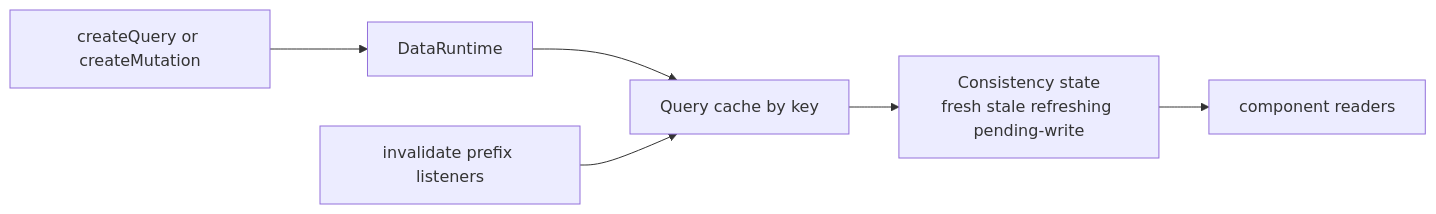
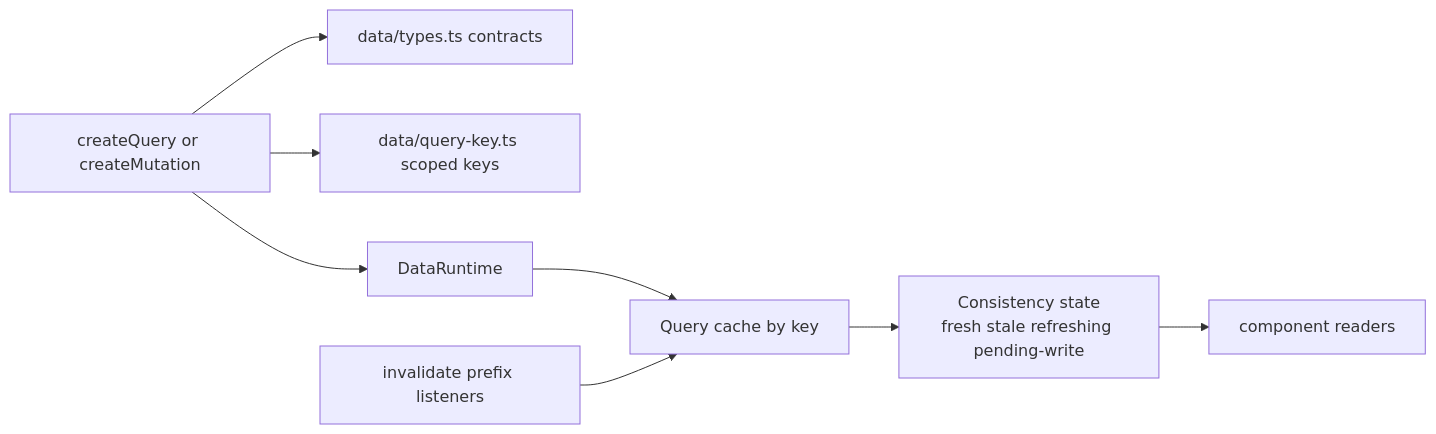
One commit to askrjs/askr changed the sixth of 6 diagrams in docs/internals/runtime-reactivity.md. Above: the diagram before and after it, drawn with Mermaid. The commit also changed other lines of this file and 12 other files, not shown here.

Commit message:
Refactor architecture facades

````diff
--- a/docs/internals/runtime-reactivity.md
+++ b/docs/internals/runtime-reactivity.md
@@ -136,15 +141,19 @@
 ```mermaid
 flowchart LR
   queryCall[createQuery or createMutation]
+  dataTypes[data/types.ts contracts]
+  queryKey[data/query-key.ts scoped keys]
   dataRuntime[DataRuntime]
   cache[Query cache by key]
   consistency[Consistency state<br/>fresh stale refreshing pending-write]
   invalidate[invalidate prefix listeners]
   readers[component readers]
 
   queryCall --> dataRuntime
+  queryCall --> dataTypes
+  queryCall --> queryKey
   dataRuntime --> cache
   cache --> consistency
   invalidate --> cache
   consistency --> readers
 ```
````
